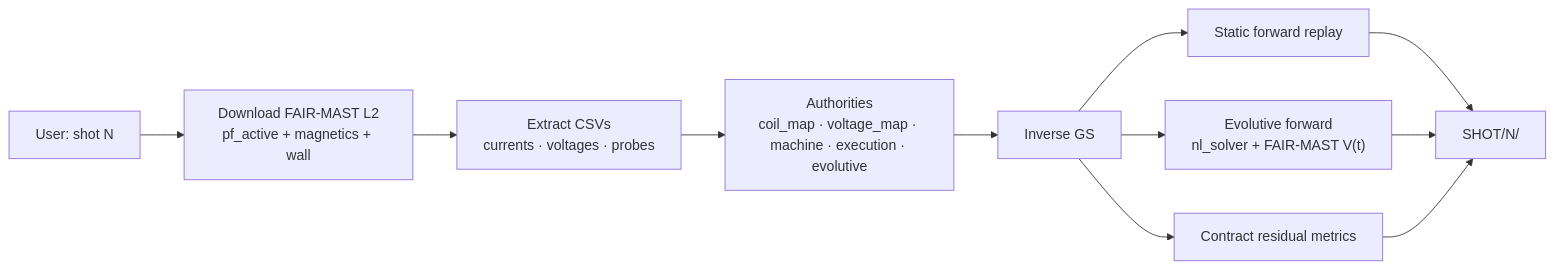
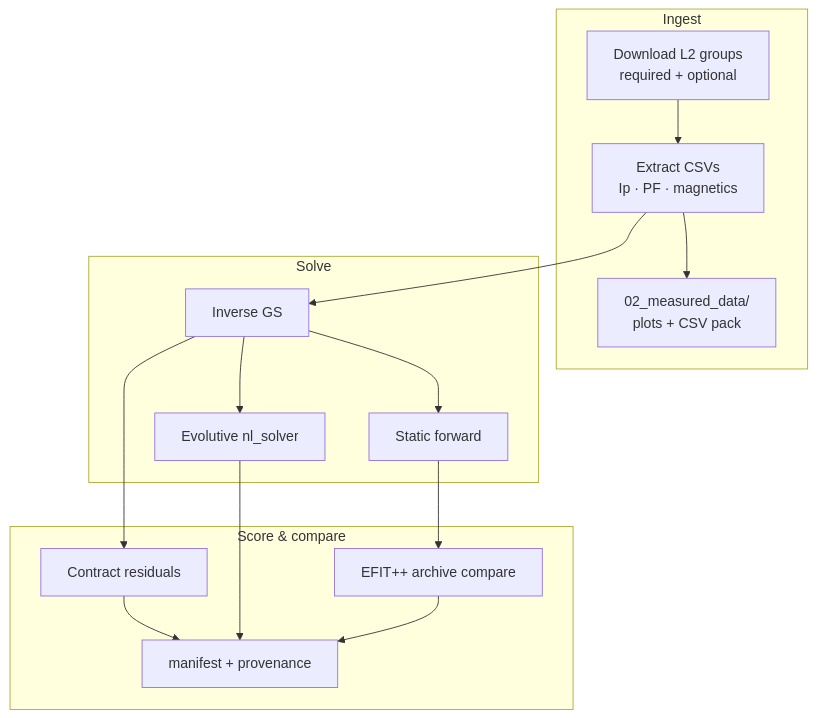
Before and after one commit to afshin-arj/Fair-MAST-to-FreeGSNKE-Conversion-tool: the second of 6 diagrams in README.md, drawn with Mermaid. The commit also changed other lines of this file, not shown here.

First line of the commit message:
docs: professional README with clear diagrams for fusion users

````diff
--- a/README.md
+++ b/README.md
@@ -82,13 +85,27 @@
 ```mermaid
-flowchart LR
-  U["User: shot N"] --> D["Download FAIR-MAST L2<br/>pf_active + magnetics + wall"]
-  D --> E["Extract CSVs<br/>currents · voltages · probes"]
-  E --> A["Authorities<br/>coil_map · voltage_map · machine · execution · evolutive"]
-  A --> I["Inverse GS"]
-  I --> F["Static forward replay"]
-  I --> V["Evolutive forward<br/>nl_solver + FAIR-MAST V(t)"]
-  I --> M["Contract residual metrics"]
-  F --> O["SHOT/N/"]
-  V --> O
-  M --> O
+flowchart TB
+  subgraph ingest [Ingest]
+    DL["Download L2 groups<br/>required + optional"]
+    EX["Extract CSVs<br/>Ip · PF · magnetics"]
+    MEAS["02_measured_data/<br/>plots + CSV pack"]
+  end
+  subgraph solve [Solve]
+    INV["Inverse GS"]
+    FWD["Static forward"]
+    EVO["Evolutive nl_solver"]
+  end
+  subgraph score [Score & compare]
+    MET["Contract residuals"]
+    EFIT["EFIT++ archive compare"]
+    PROV["manifest + provenance"]
+  end
+
+  DL --> EX --> MEAS
+  EX --> INV --> FWD
+  INV --> EVO
+  INV --> MET
+  FWD --> EFIT
+  MET --> PROV
+  EVO --> PROV
+  EFIT --> PROV
 ```
````
